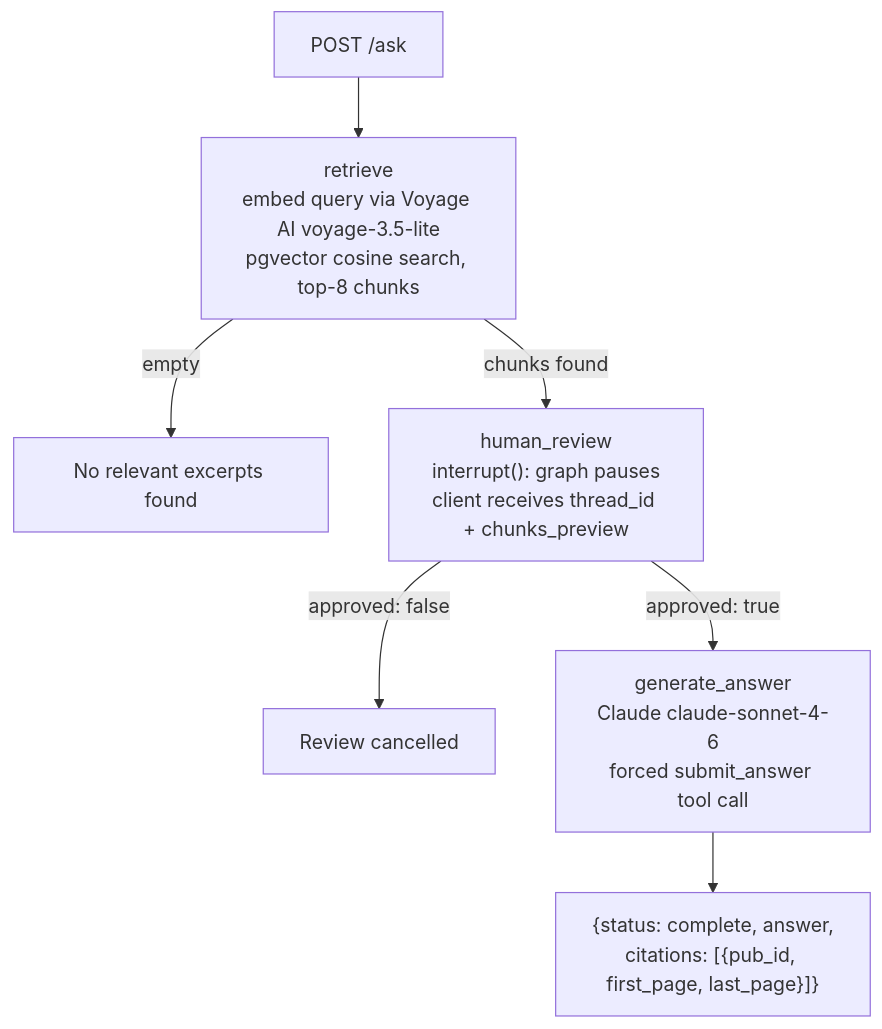
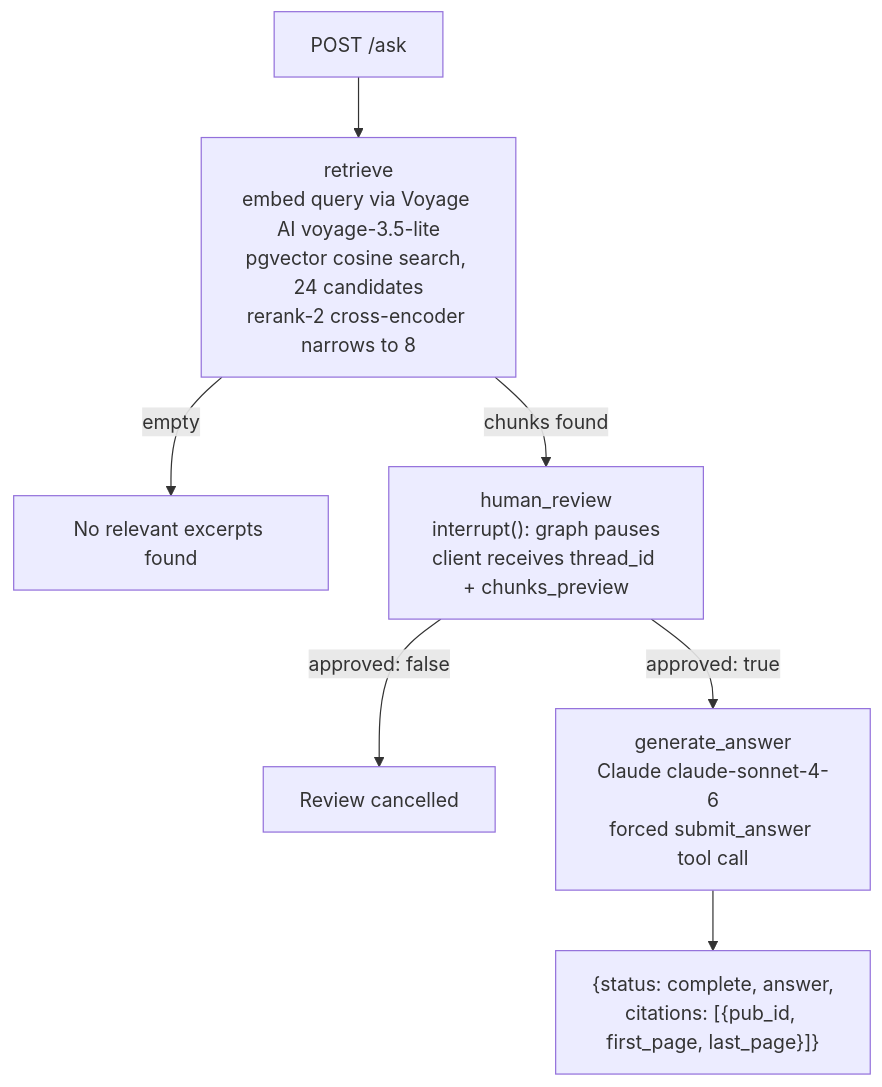
The diagram in README.md (coreystevensdev/taxcite), drawn with Mermaid before and after one commit. The commit also changed other lines of this file and 3 other files, not shown here.

````diff
--- a/README.md
+++ b/README.md
@@ -24,9 +24,9 @@
 ```mermaid
 flowchart TD
-    A["POST /ask"] --> B["retrieve\nembed query via Voyage AI voyage-3.5-lite\npgvector cosine search, top-8 chunks"]
+    A["POST /ask"] --> B["retrieve\nembed query via Voyage AI voyage-3.5-lite\npgvector cosine search, 24 candidates\nrerank-2 cross-encoder narrows to 8"]
     B -->|empty| C["No relevant excerpts found"]
     B -->|chunks found| D["human_review\ninterrupt(): graph pauses\nclient receives thread_id + chunks_preview"]
     D -->|approved: false| E["Review cancelled"]
     D -->|approved: true| F["generate_answer\nClaude claude-sonnet-4-6\nforced submit_answer tool call"]
     F --> G["{status: complete, answer,\ncitations: [{pub_id, first_page, last_page}]}"]
 ```
````
